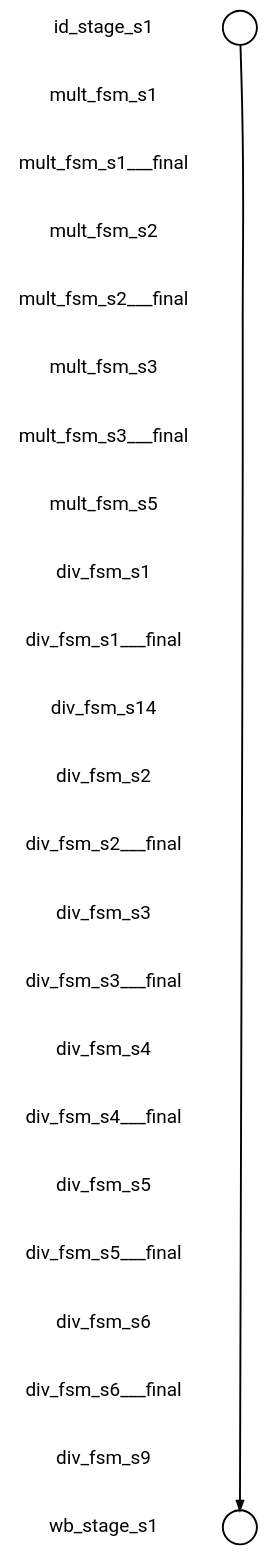
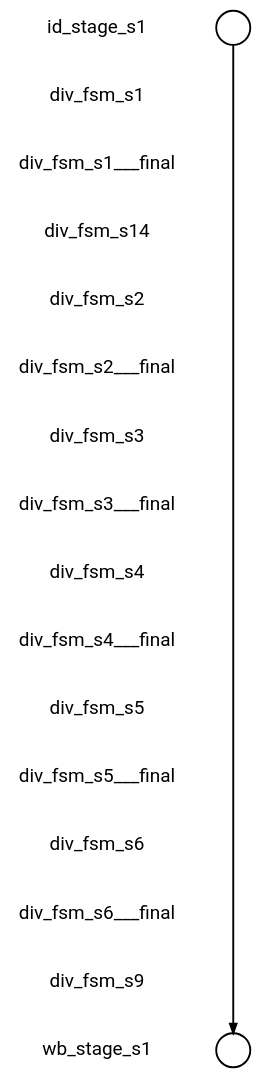
The diagram in fv/synthlc/i_DIV_out/xSummarize/nonisograph/com_0_0.dot (naomipark3/SynthLC), drawn with Graphviz before and after one commit. The commit also changed 38807 other files, not shown here.

```diff
--- a/fv/synthlc/i_DIV_out/xSummarize/nonisograph/com_0_0.dot
+++ b/fv/synthlc/i_DIV_out/xSummarize/nonisograph/com_0_0.dot
@@ -1,63 +1,49 @@
 
 digraph G {
     edge [penwidth=2];
     node [ shape=box, fontsize=20, penwidth=2, fontname="roboto"];
     esep=0.5;
     layout=neato;
     overlap=scale;
     splines=true;
 
 l_id_stage_s1 [label="id_stage_s1"; pos="0,-0!"; shape=none];
 
-l_mult_fsm_s1 [label="mult_fsm_s1"; pos="0,-1!"; shape=none];
+l_div_fsm_s1 [label="div_fsm_s1"; pos="0,-1!"; shape=none];
 
-l_mult_fsm_s1___final [label="mult_fsm_s1___final"; pos="0,-2!"; shape=none];
+l_div_fsm_s1___final [label="div_fsm_s1___final"; pos="0,-2!"; shape=none];
 
-l_mult_fsm_s2 [label="mult_fsm_s2"; pos="0,-3!"; shape=none];
+l_div_fsm_s14 [label="div_fsm_s14"; pos="0,-3!"; shape=none];
 
-l_mult_fsm_s2___final [label="mult_fsm_s2___final"; pos="0,-4!"; shape=none];
+l_div_fsm_s2 [label="div_fsm_s2"; pos="0,-4!"; shape=none];
 
-l_mult_fsm_s3 [label="mult_fsm_s3"; pos="0,-5!"; shape=none];
+l_div_fsm_s2___final [label="div_fsm_s2___final"; pos="0,-5!"; shape=none];
 
-l_mult_fsm_s3___final [label="mult_fsm_s3___final"; pos="0,-6!"; shape=none];
+l_div_fsm_s3 [label="div_fsm_s3"; pos="0,-6!"; shape=none];
 
-l_mult_fsm_s5 [label="mult_fsm_s5"; pos="0,-7!"; shape=none];
+l_div_fsm_s3___final [label="div_fsm_s3___final"; pos="0,-7!"; shape=none];
 
-l_div_fsm_s1 [label="div_fsm_s1"; pos="0,-8!"; shape=none];
+l_div_fsm_s4 [label="div_fsm_s4"; pos="0,-8!"; shape=none];
 
-l_div_fsm_s1___final [label="div_fsm_s1___final"; pos="0,-9!"; shape=none];
+l_div_fsm_s4___final [label="div_fsm_s4___final"; pos="0,-9!"; shape=none];
 
-l_div_fsm_s14 [label="div_fsm_s14"; pos="0,-10!"; shape=none];
+l_div_fsm_s5 [label="div_fsm_s5"; pos="0,-10!"; shape=none];
 
-l_div_fsm_s2 [label="div_fsm_s2"; pos="0,-11!"; shape=none];
+l_div_fsm_s5___final [label="div_fsm_s5___final"; pos="0,-11!"; shape=none];
 
-l_div_fsm_s2___final [label="div_fsm_s2___final"; pos="0,-12!"; shape=none];
+l_div_fsm_s6 [label="div_fsm_s6"; pos="0,-12!"; shape=none];
 
-l_div_fsm_s3 [label="div_fsm_s3"; pos="0,-13!"; shape=none];
+l_div_fsm_s6___final [label="div_fsm_s6___final"; pos="0,-13!"; shape=none];
 
-l_div_fsm_s3___final [label="div_fsm_s3___final"; pos="0,-14!"; shape=none];
+l_div_fsm_s9 [label="div_fsm_s9"; pos="0,-14!"; shape=none];
 
-l_div_fsm_s4 [label="div_fsm_s4"; pos="0,-15!"; shape=none];
-
-l_div_fsm_s4___final [label="div_fsm_s4___final"; pos="0,-16!"; shape=none];
-
-l_div_fsm_s5 [label="div_fsm_s5"; pos="0,-17!"; shape=none];
-
-l_div_fsm_s5___final [label="div_fsm_s5___final"; pos="0,-18!"; shape=none];
-
-l_div_fsm_s6 [label="div_fsm_s6"; pos="0,-19!"; shape=none];
-
-l_div_fsm_s6___final [label="div_fsm_s6___final"; pos="0,-20!"; shape=none];
-
-l_div_fsm_s9 [label="div_fsm_s9"; pos="0,-21!"; shape=none];
-
-l_wb_stage_s1 [label="wb_stage_s1"; pos="0,-22!"; shape=none];
+l_wb_stage_s1 [label="wb_stage_s1"; pos="0,-15!"; shape=none];
 
 n_id_stage_s1 [label=""; pos="2,-0!"; shape=circle ]; 
 
 
-n_wb_stage_s1 [label=""; pos="2,-22!"; shape=circle ]; 
+n_wb_stage_s1 [label=""; pos="2,-15!"; shape=circle ]; 
 
 
 n_id_stage_s1 -> n_wb_stage_s1 [color="black"];
 }
```
